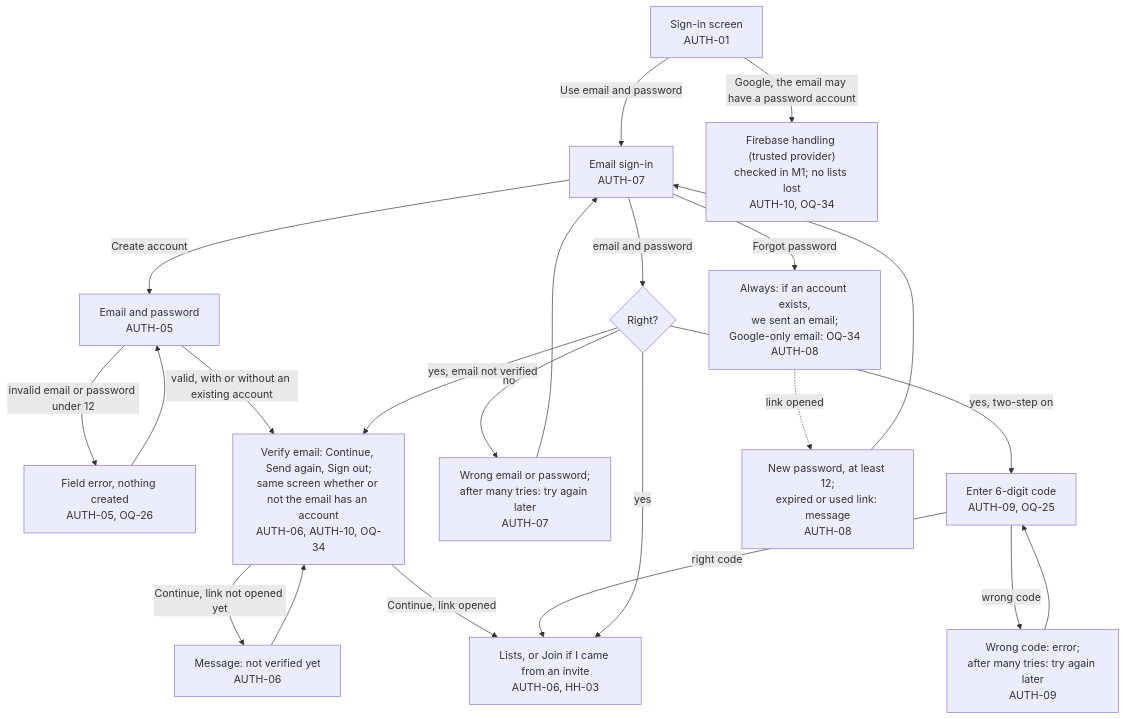
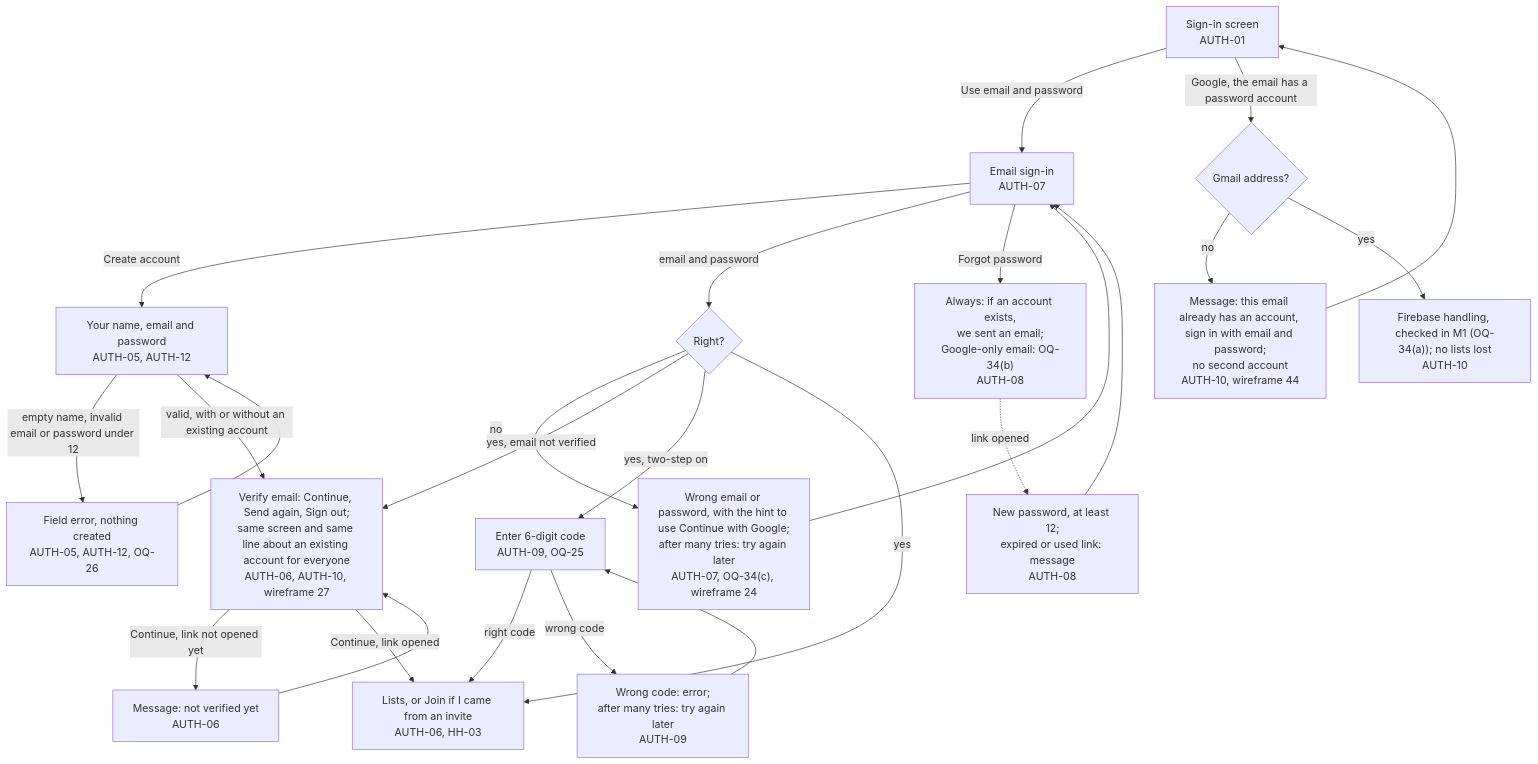
Before and after one commit to bondo/listicles2: the third of 11 diagrams in docs/product/flow.md, drawn with Mermaid. The commit also changed other lines of this file and 37 other files, not shown here.

First line of the commit message:
docs: M1 UI wording and wireframes 34-45 (name at sign-up, Continue with Google, dialogs) (#220)

````diff
--- a/docs/product/flow.md
+++ b/docs/product/flow.md
@@ -88,19 +97,21 @@
 ```mermaid
 flowchart TD
     si["Sign-in screen<br>AUTH-01"] -- "Use email and password" --> es["Email sign-in<br>AUTH-07"]
-    es -- "Create account" --> ca["Email and password<br>AUTH-05"]
-    ca -- "invalid email or password under 12" --> caerr["Field error, nothing created<br>AUTH-05, OQ-26"] --> ca
-    ca -- "valid, with or without an existing account" --> ve["Verify email: Continue, Send again, Sign out;<br>same screen whether or not the email has an account<br>AUTH-06, AUTH-10, OQ-34"]
+    es -- "Create account" --> ca["Your name, email and password<br>AUTH-05, AUTH-12"]
+    ca -- "empty name, invalid email or password under 12" --> caerr["Field error, nothing created<br>AUTH-05, AUTH-12, OQ-26"] --> ca
+    ca -- "valid, with or without an existing account" --> ve["Verify email: Continue, Send again, Sign out;<br>same screen and same line about an existing account for everyone<br>AUTH-06, AUTH-10, wireframe 27"]
     ve -- "Continue, link not opened yet" --> vnot["Message: not verified yet<br>AUTH-06"] --> ve
     ve -- "Continue, link opened" --> home["Lists, or Join if I came from an invite<br>AUTH-06, HH-03"]
     es -- "email and password" --> ok{"Right?"}
-    ok -- "no" --> wrong["Wrong email or password;<br>after many tries: try again later<br>AUTH-07"] --> es
+    ok -- "no" --> wrong["Wrong email or password, with the hint to use Continue with Google;<br>after many tries: try again later<br>AUTH-07, OQ-34(c), wireframe 24"] --> es
     ok -- "yes, email not verified" --> ve
     ok -- "yes, two-step on" --> code["Enter 6-digit code<br>AUTH-09, OQ-25"]
     code -- "right code" --> home
     code -- "wrong code" --> codeerr["Wrong code: error;<br>after many tries: try again later<br>AUTH-09"] --> code
     ok -- "yes" --> home
-    es -- "Forgot password" --> rp["Always: if an account exists,<br>we sent an email;<br>Google-only email: OQ-34<br>AUTH-08"]
+    es -- "Forgot password" --> rp["Always: if an account exists,<br>we sent an email;<br>Google-only email: OQ-34(b)<br>AUTH-08"]
     rp -. "link opened" .-> newpw["New password, at least 12;<br>expired or used link: message<br>AUTH-08"] --> es
-    si -- "Google, the email may have a password account" --> gsame["Firebase handling (trusted provider)<br>checked in M1; no lists lost<br>AUTH-10, OQ-34"]
+    si -- "Google, the email has a password account" --> gsame{"Gmail address?"}
+    gsame -- "no" --> coll["Message: this email already has an account, sign in with email and password;<br>no second account<br>AUTH-10, wireframe 44"] --> si
+    gsame -- "yes" --> gmail["Firebase handling, checked in M1 (OQ-34(a)); no lists lost<br>AUTH-10"]
 ```
````
